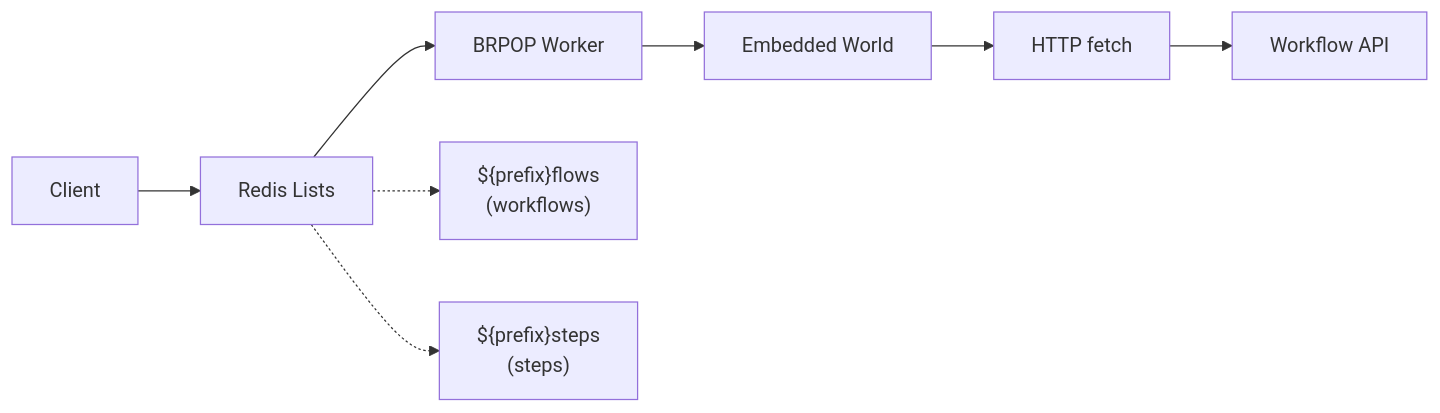
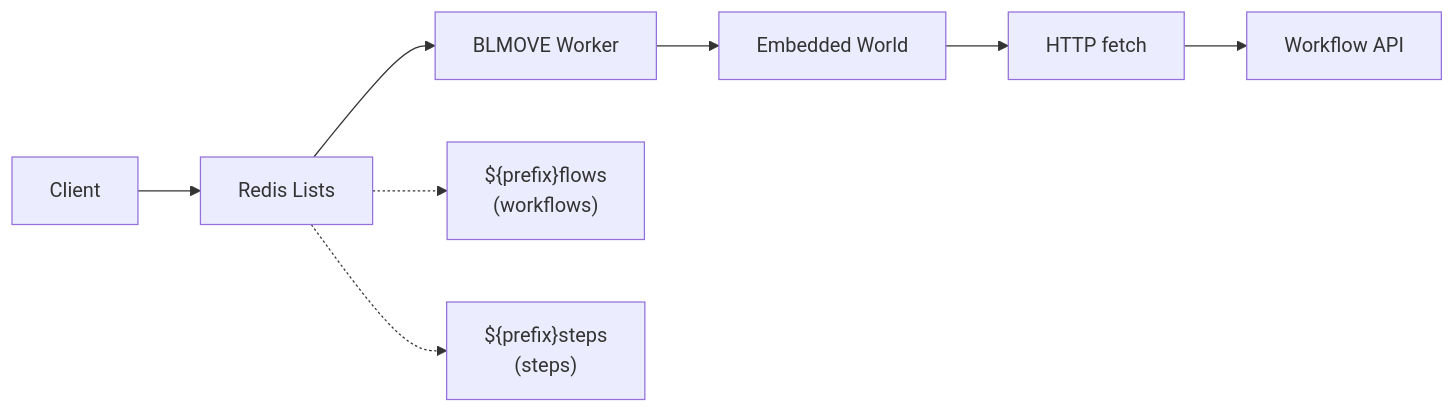
Before and after one commit to vinnymac/worlds: the first of 2 diagrams in packages/world-redis/HOW_IT_WORKS.md, drawn with Mermaid. The commit also changed other lines of this file and 10 other files, not shown here.

````diff
--- a/packages/world-redis/HOW_IT_WORKS.md
+++ b/packages/world-redis/HOW_IT_WORKS.md
@@ -57,11 +57,11 @@
 ```mermaid
 graph LR
     Client --> RL[Redis Lists]
-    RL --> Worker[BRPOP Worker]
+    RL --> Worker[BLMOVE Worker]
     Worker --> EW[Embedded World]
     EW --> HTTP[HTTP fetch]
     HTTP --> API[Workflow API]
 
     RL -.-> F["${prefix}flows<br/>(workflows)"]
     RL -.-> S["${prefix}steps<br/>(steps)"]
 ```
````
